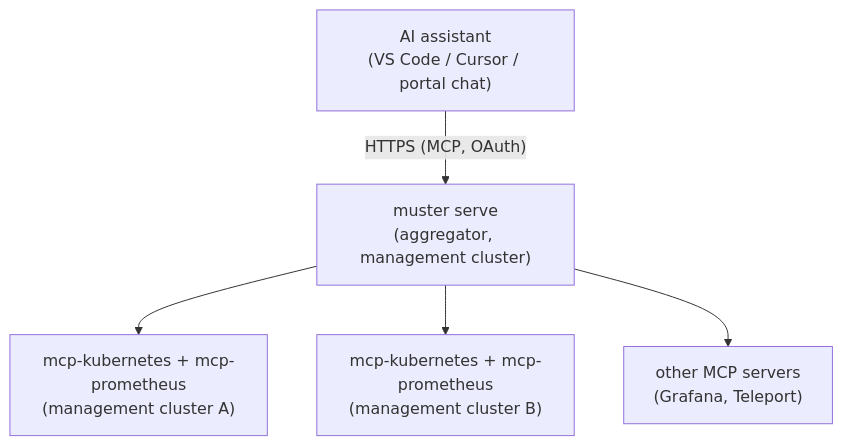
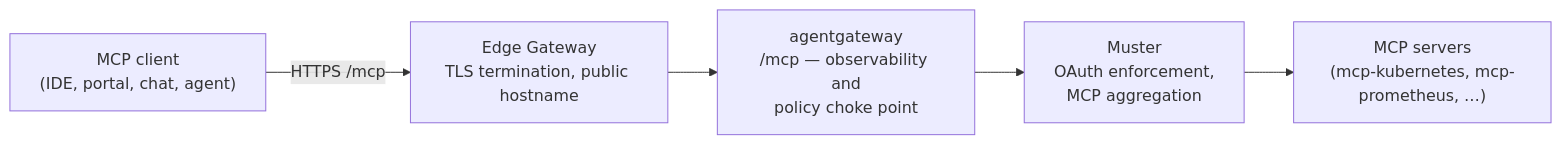
One commit to giantswarm/docs changed the first of 2 diagrams in src/content/overview/agent-platform/architecture/index.md. Above: the diagram before and after it, drawn with Mermaid. The commit also changed other lines of this file and 4 other files, not shown here.

```diff
--- a/src/content/overview/agent-platform/architecture/index.md
+++ b/src/content/overview/agent-platform/architecture/index.md
@@ -28,13 +29,13 @@
 {{< mermaid >}}
-flowchart TB
-  client["AI assistant<br/>(VS Code / Cursor / portal chat)"]
-  serve["muster serve<br/>(aggregator, management cluster)"]
-  k8sA["mcp-kubernetes + mcp-prometheus<br/>(management cluster A)"]
-  k8sB["mcp-kubernetes + mcp-prometheus<br/>(management cluster B)"]
-  other["other MCP servers<br/>(Grafana, Teleport)"]
+flowchart LR
+  client["MCP client<br/>(IDE, portal, chat, agent)"]
+  edge["Edge Gateway<br/>TLS termination, public hostname"]
+  agw["agentgateway<br/>/mcp — observability and<br/>policy choke point"]
+  muster["Muster<br/>OAuth enforcement,<br/>MCP aggregation"]
+  servers["MCP servers<br/>(mcp-kubernetes, mcp-prometheus, …)"]
 
-  client -- "HTTPS (MCP, OAuth)" --> serve
-  serve --> k8sA
-  serve --> k8sB
-  serve --> other
+  client -- "HTTPS /mcp" --> edge
+  edge --> agw
+  agw --> muster
+  muster --> servers
 {{< /mermaid >}}
```
